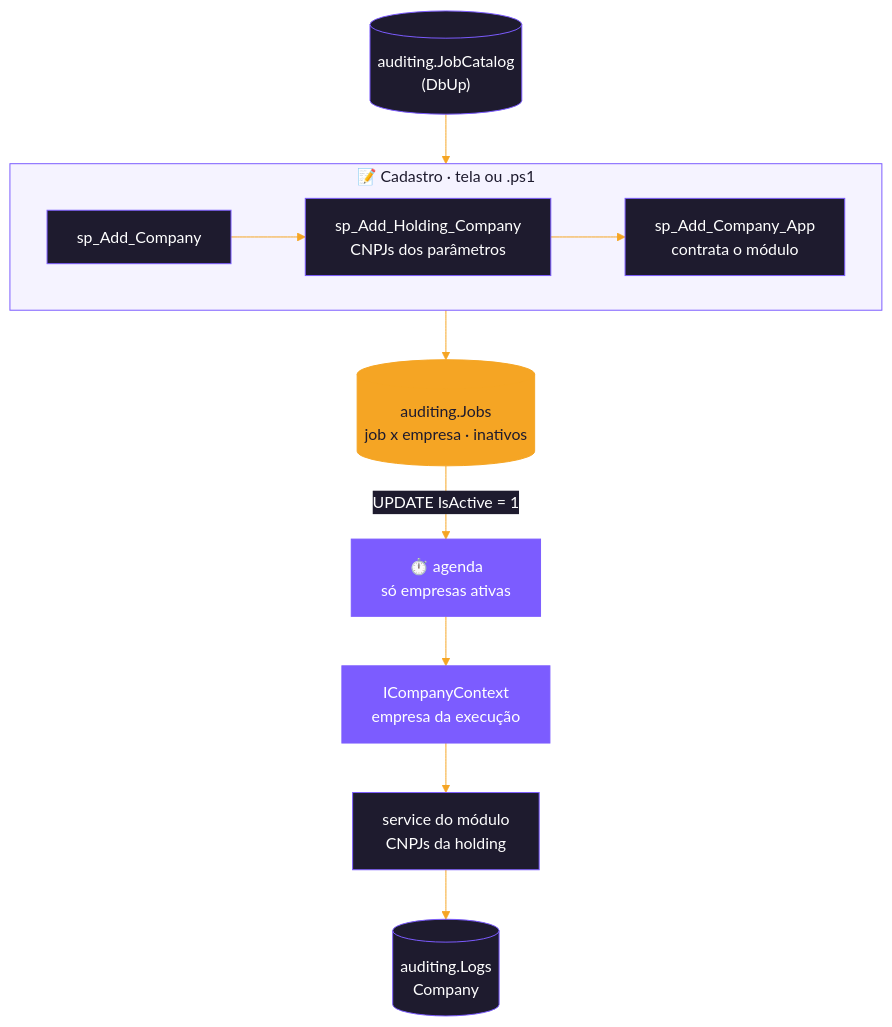
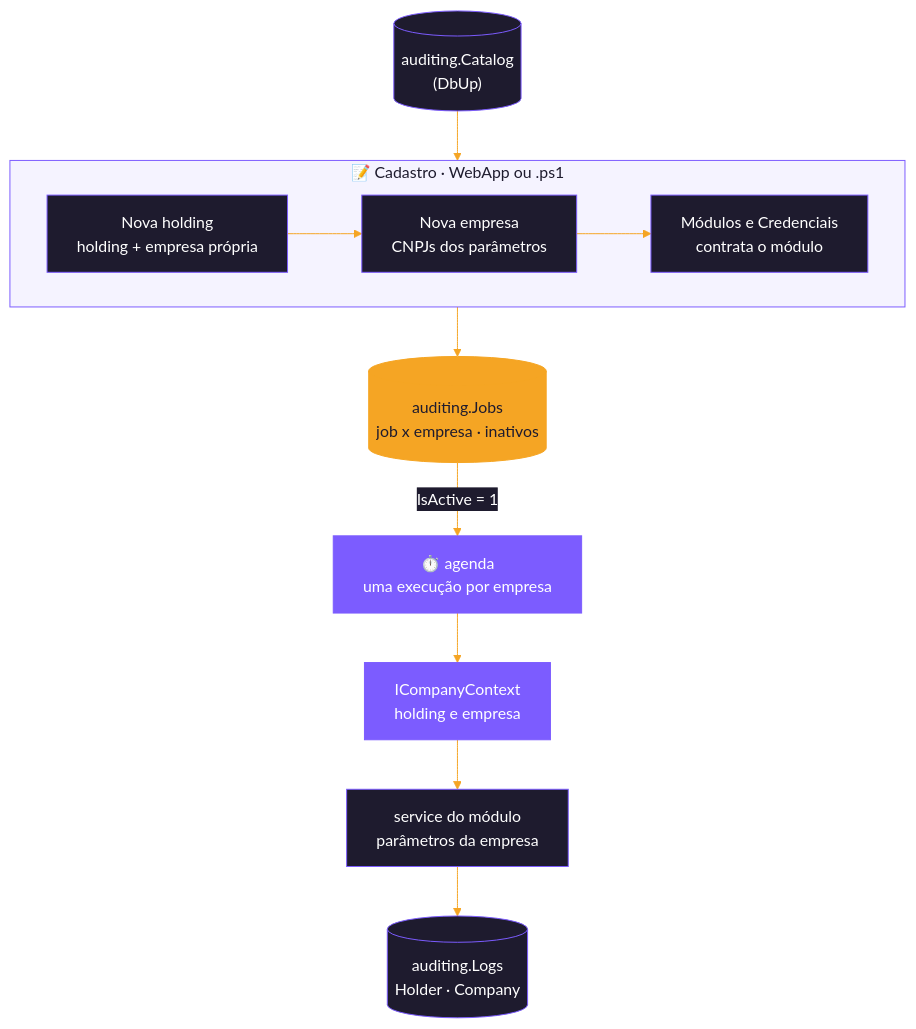
One commit to cayo-kume/extract-transform-load-integrations-system changed the sixth of 11 diagrams in README.md. Above: the diagram before and after it, drawn with Mermaid. The commit also changed other lines of this file and 121 other files, not shown here.

First line of the commit message:
WebApp: login em monitor.Users, cadastro de holdings, empresas e usuários e Aplicações com o catálogo

````diff
--- a/README.md
+++ b/README.md
@@ -328,20 +327,20 @@
 ```mermaid
 %%{init: {'theme':'base','themeVariables':{'primaryColor':'#1e1b2e','primaryTextColor':'#ffffff','primaryBorderColor':'#7c5cff','lineColor':'#f5a524','textColor':'#1e1b2e','clusterBkg':'#f5f3ff','clusterBorder':'#7c5cff','titleColor':'#1e1b2e','edgeLabelBackground':'#1e1b2e'}}}%%
 flowchart TB
-    subgraph CAD["📝 Cadastro · tela ou .ps1"]
+    subgraph CAD["📝 Cadastro · WebApp ou .ps1"]
         direction LR
-        C1["sp_Add_Company"] --> C2["sp_Add_Holding_Company<br/>CNPJs dos parâmetros"]
-        C2 --> C3["sp_Add_Company_App<br/>contrata o módulo"]
+        C1["Nova holding<br/>holding + empresa própria"] --> C2["Nova empresa<br/>CNPJs dos parâmetros"]
+        C2 --> C3["Módulos e Credenciais<br/>contrata o módulo"]
     end
-    CAT[("auditing.JobCatalog<br/>(DbUp)")] --> C3
+    CAT[("auditing.Catalog<br/>(DbUp)")] --> C3
     C3 --> JOBS[("auditing.Jobs<br/>job x empresa · inativos")]
-    JOBS -- "UPDATE IsActive = 1" --> AG["⏱️ agenda<br/>só empresas ativas"]
-    AG --> CTX["ICompanyContext<br/>empresa da execução"]
-    CTX --> SVC["service do módulo<br/>CNPJs da holding"]
-    SVC --> LOG[("auditing.Logs<br/>Company")]
+    JOBS -- "IsActive = 1" --> AG["⏱️ agenda<br/>uma execução por empresa"]
+    AG --> CTX["ICompanyContext<br/>holding e empresa"]
+    CTX --> SVC["service do módulo<br/>parâmetros da empresa"]
+    SVC --> LOG[("auditing.Logs<br/>Holder · Company")]
 
     classDef accent fill:#7c5cff,stroke:#7c5cff,color:#ffffff
     classDef warm fill:#f5a524,stroke:#f5a524,color:#1e1b2e
     class AG,CTX accent
     class JOBS warm
 ```
````
